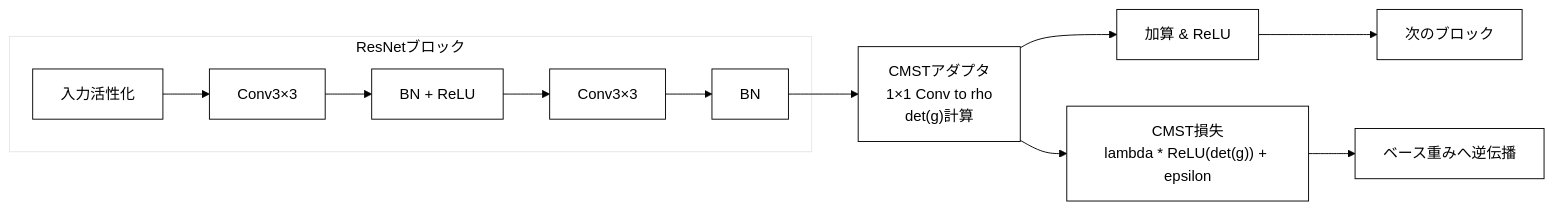
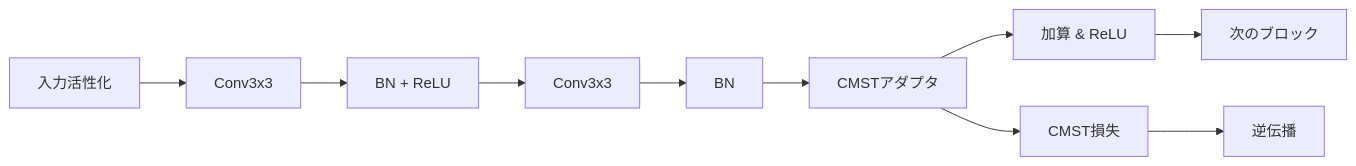
One commit to Foundup/Foundups-Agent changed diagram 14 of 20 in WSP_knowledge/docs/Papers/Patent_Series/04_rESP_Patent_Japanese.md. Above: the diagram before and after it, drawn with Mermaid. The commit also changed other lines of this file, not shown here.

Commit message:
Simplify patent diagrams for GitHub compatibility - Remove complex themes and shorten text

````diff
--- a/WSP_knowledge/docs/Papers/Patent_Series/04_rESP_Patent_Japanese.md
+++ b/WSP_knowledge/docs/Papers/Patent_Series/04_rESP_Patent_Japanese.md
@@ -411,15 +398,12 @@
 ```mermaid
-%%{init: {'theme': 'base', 'themeVariables': {'primaryColor': '#ffffff', 'primaryTextColor': '#000000', 'primaryBorderColor': '#000000', 'lineColor': '#000000', 'secondaryColor': '#ffffff', 'tertiaryColor': '#ffffff'}}}%%
 graph LR
-    subgraph "ResNetブロック"
-        A["入力活性化"] --> B["Conv3×3"]
-        B --> C["BN + ReLU"]
-        C --> D["Conv3×3"]
-        D --> E["BN"]
-    end
-    E --> F["CMSTアダプタ<br>1×1 Conv to rho<br>det(g)計算"]
-    F --> G["加算 & ReLU"]
-    G --> H["次のブロック"]
-    F --> I["CMST損失<br>lambda * ReLU(det(g)) + epsilon"]
-    I --> J["ベース重みへ逆伝播"]
+    A[入力活性化] --> B[Conv3x3]
+    B --> C[BN + ReLU]
+    C --> D[Conv3x3]
+    D --> E[BN]
+    E --> F[CMSTアダプタ]
+    F --> G[加算 & ReLU]
+    G --> H[次のブロック]
+    F --> I[CMST損失]
+    I --> J[逆伝播]
 ```
````
